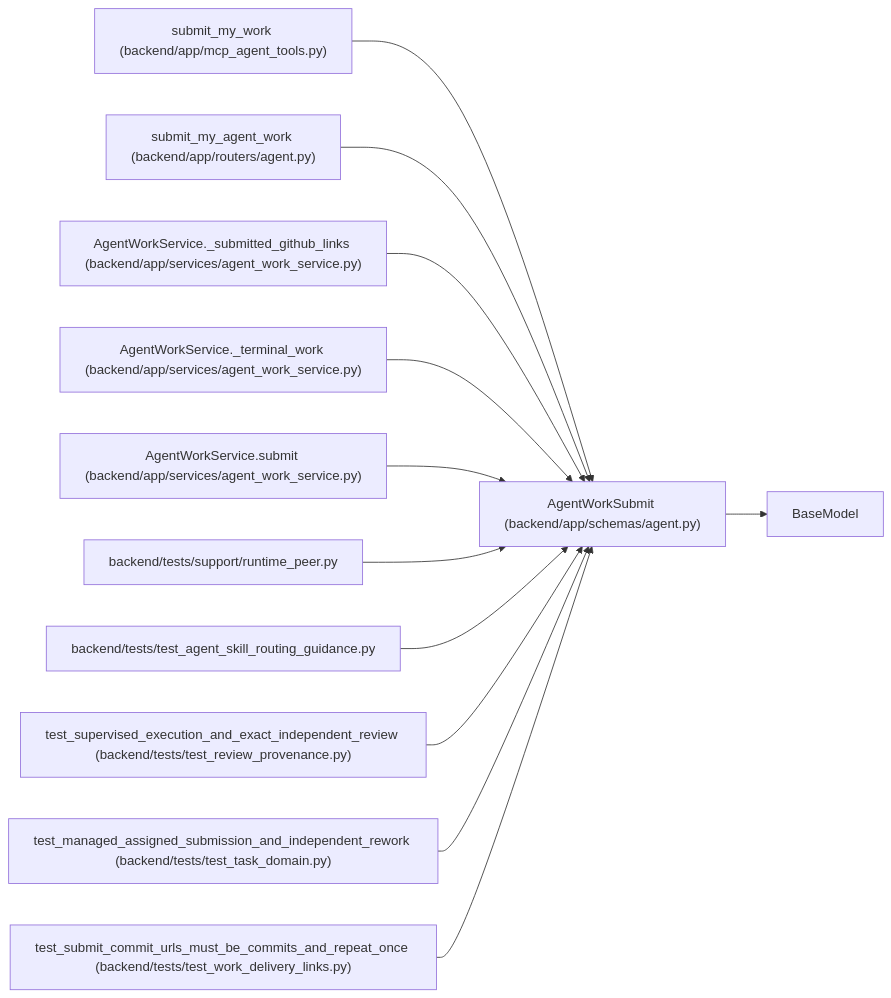
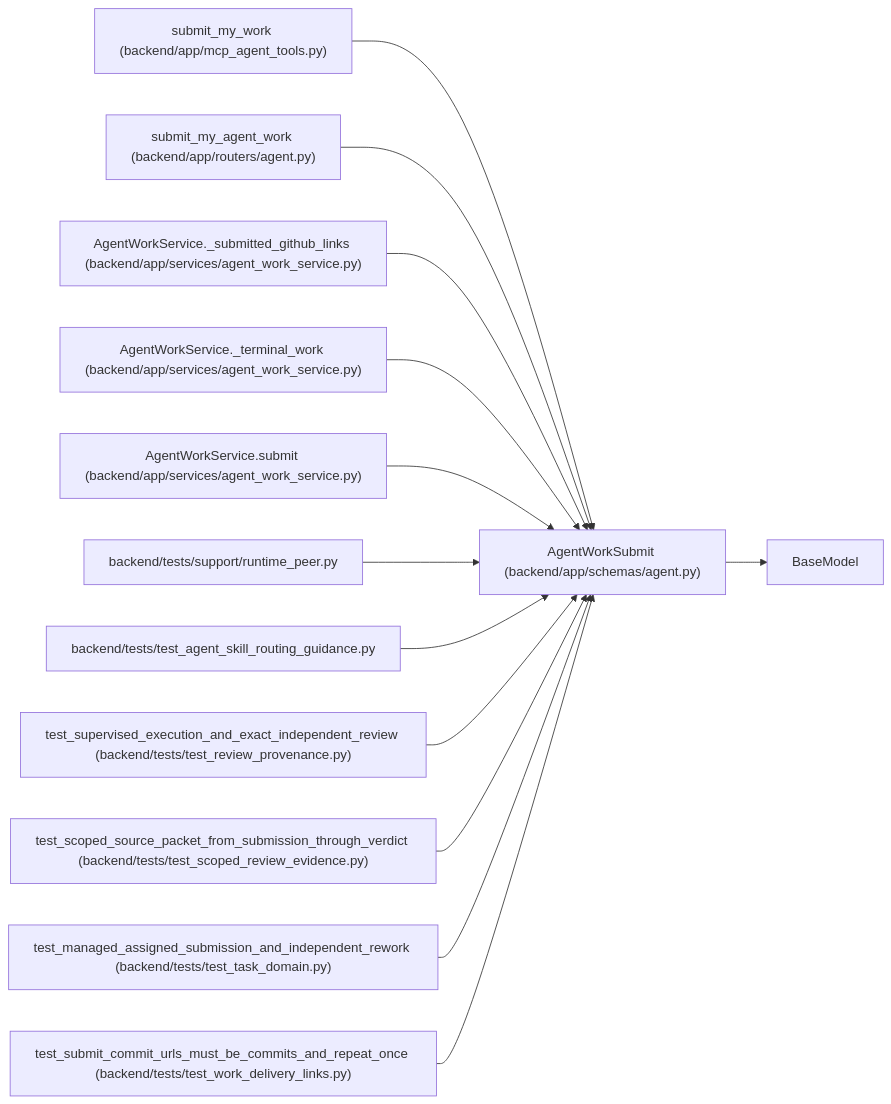
The diagram in docs/llm_wiki/entities/AgentWorkSubmit.md (Denissvgn/WorkChord), drawn with Mermaid before and after one commit. The commit also changed other lines of this file and 891 other files, not shown here.

Commit message:
Document candidate-bound evidence and independent review policy

````diff
--- a/docs/llm_wiki/entities/AgentWorkSubmit.md
+++ b/docs/llm_wiki/entities/AgentWorkSubmit.md
@@ -63,37 +63,40 @@
 ```mermaid
 flowchart LR
     n0["AgentWorkSubmit (backend/app/schemas/agent.py)"]
     n1["BaseModel"]
     n2["submit_my_work (backend/app/mcp_agent_tools.py)"]
     n3["submit_my_agent_work (backend/app/routers/agent.py)"]
     n4["AgentWorkService._submitted_github_links (backend/app/services/agent_work_service.py)"]
     n5["AgentWorkService._terminal_work (backend/app/services/agent_work_service.py)"]
     n6["AgentWorkService.submit (backend/app/services/agent_work_service.py)"]
     n7["backend/tests/support/runtime_peer.py"]
     n8["backend/tests/test_agent_skill_routing_guidance.py"]
     n9["test_supervised_execution_and_exact_independent_review (backend/tests/test_review_provenance.py)"]
-    n10["test_managed_assigned_submission_and_independent_rework (backend/tests/test_task_domain.py)"]
-    n11["test_submit_commit_urls_must_be_commits_and_repeat_once (backend/tests/test_work_delivery_links.py)"]
+    n10["test_scoped_source_packet_from_submission_through_verdict (backend/tests/test_scoped_review_evidence.py)"]
+    n11["test_managed_assigned_submission_and_independent_rework (backend/tests/test_task_domain.py)"]
+    n12["test_submit_commit_urls_must_be_commits_and_repeat_once (backend/tests/test_work_delivery_links.py)"]
     n0 --> n1
     n2 --> n0
     n3 --> n0
     n4 --> n0
     n5 --> n0
     n6 --> n0
     n7 --> n0
     n8 --> n0
     n9 --> n0
     n10 --> n0
     n11 --> n0
+    n12 --> n0
     click n0 "../modules/schemas_agent.md"
     click n2 "../modules/mcp_agent_tools.md"
     click n3 "../modules/routers_agent.md"
     click n4 "../modules/agent_work_service.md"
     click n5 "../modules/agent_work_service.md"
     click n6 "../modules/agent_work_service.md"
     click n7 "../modules/runtime_peer.md"
     click n8 "../modules/test_agent_skill_routing_guidance.md"
     click n9 "../modules/test_review_provenance.md"
-    click n10 "../modules/test_task_domain.md"
-    click n11 "../modules/test_work_delivery_links.md"
+    click n10 "../modules/test_scoped_review_evidence.md"
+    click n11 "../modules/test_task_domain.md"
+    click n12 "../modules/test_work_delivery_links.md"
 ```
````
